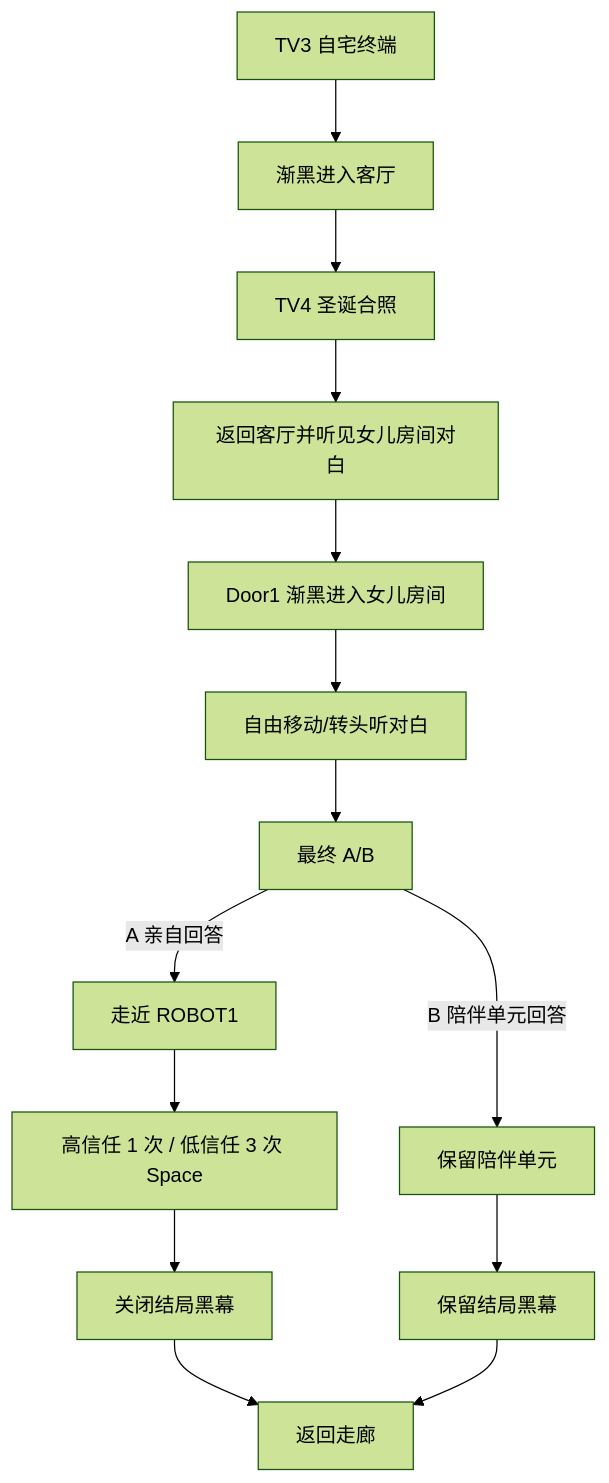
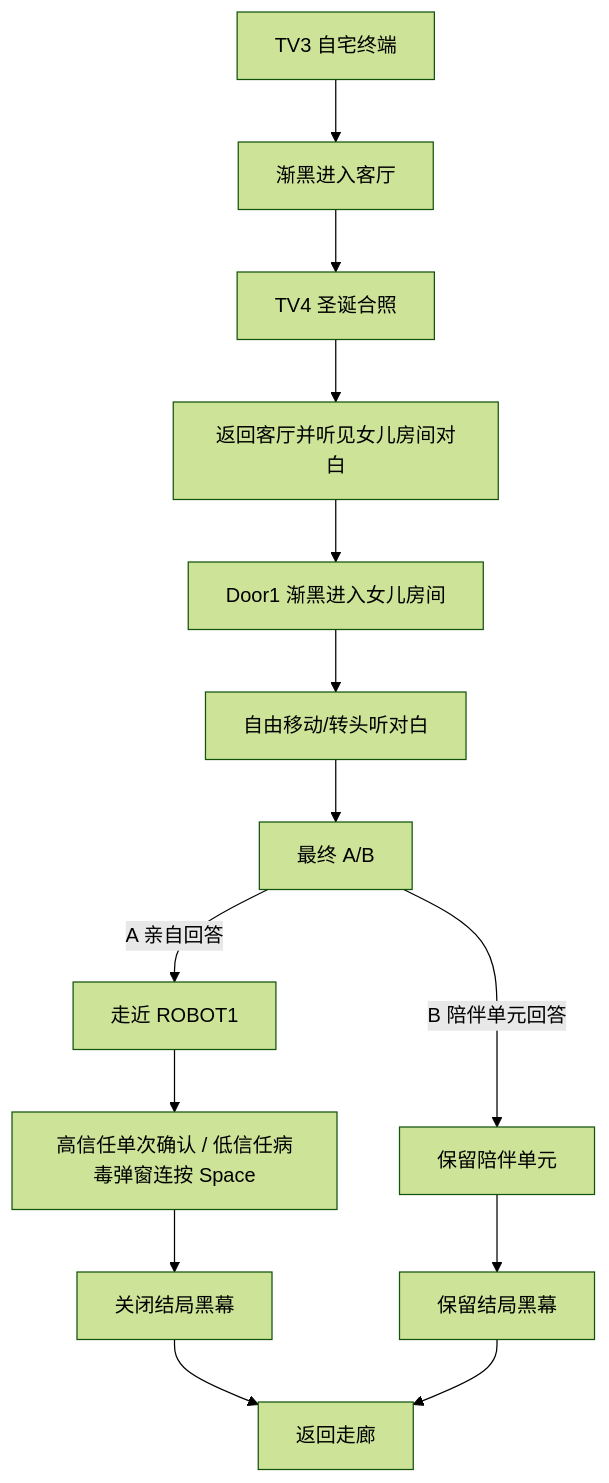
The diagram in HEARTH_17F04关卡制作日志.md (Be139/GAME-CBY), drawn with Mermaid (forest theme) before and after one commit. The commit also changed other lines of this file and 40 other files, not shown here.

````diff
--- a/HEARTH_17F04关卡制作日志.md
+++ b/HEARTH_17F04关卡制作日志.md
@@ -20,16 +20,16 @@
 ```mermaid
 flowchart TD
     A["TV3 自宅终端"] --> B["渐黑进入客厅"]
     B --> C["TV4 圣诞合照"]
     C --> D["返回客厅并听见女儿房间对白"]
     D --> E["Door1 渐黑进入女儿房间"]
     E --> F["自由移动/转头听对白"]
     F --> G["最终 A/B"]
     G -->|"A 亲自回答"| H["走近 ROBOT1"]
-    H --> I["高信任 1 次 / 低信任 3 次 Space"]
+    H --> I["高信任单次确认 / 低信任病毒弹窗连按 Space"]
     G -->|"B 陪伴单元回答"| J["保留陪伴单元"]
     I --> K["关闭结局黑幕"]
     J --> L["保留结局黑幕"]
     K --> M["返回走廊"]
     L --> M
 ```
````
